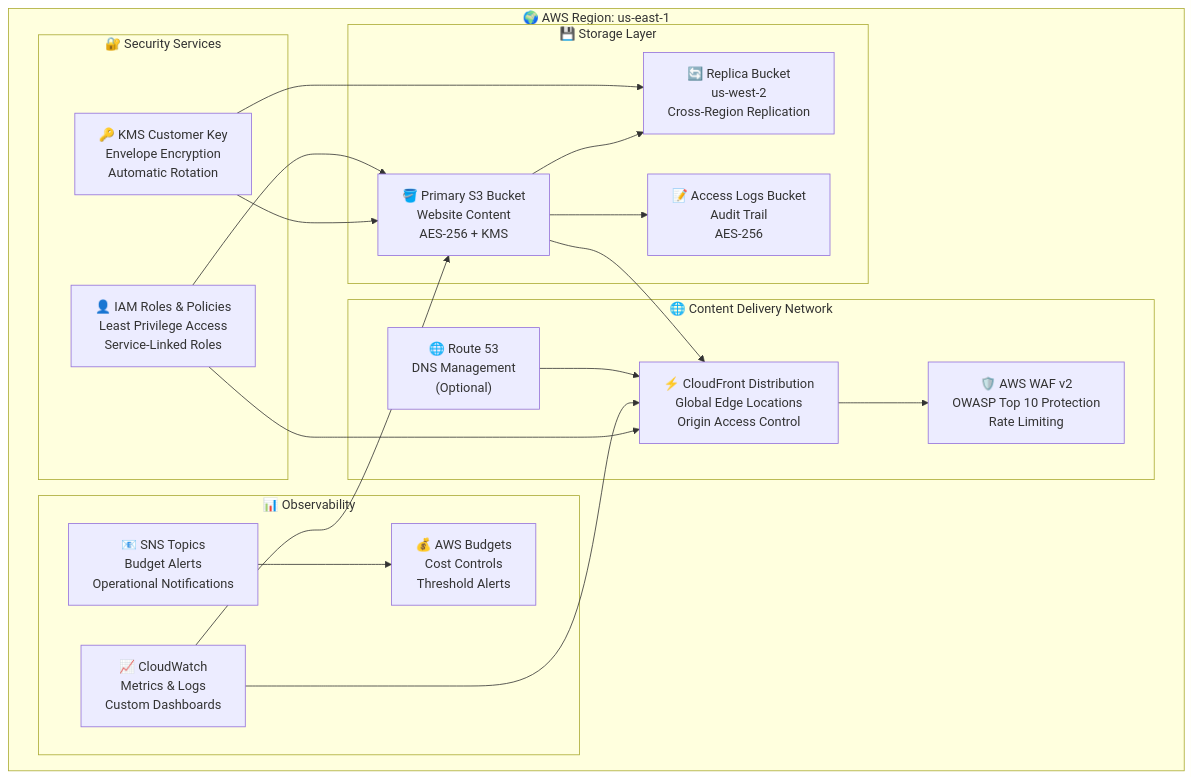
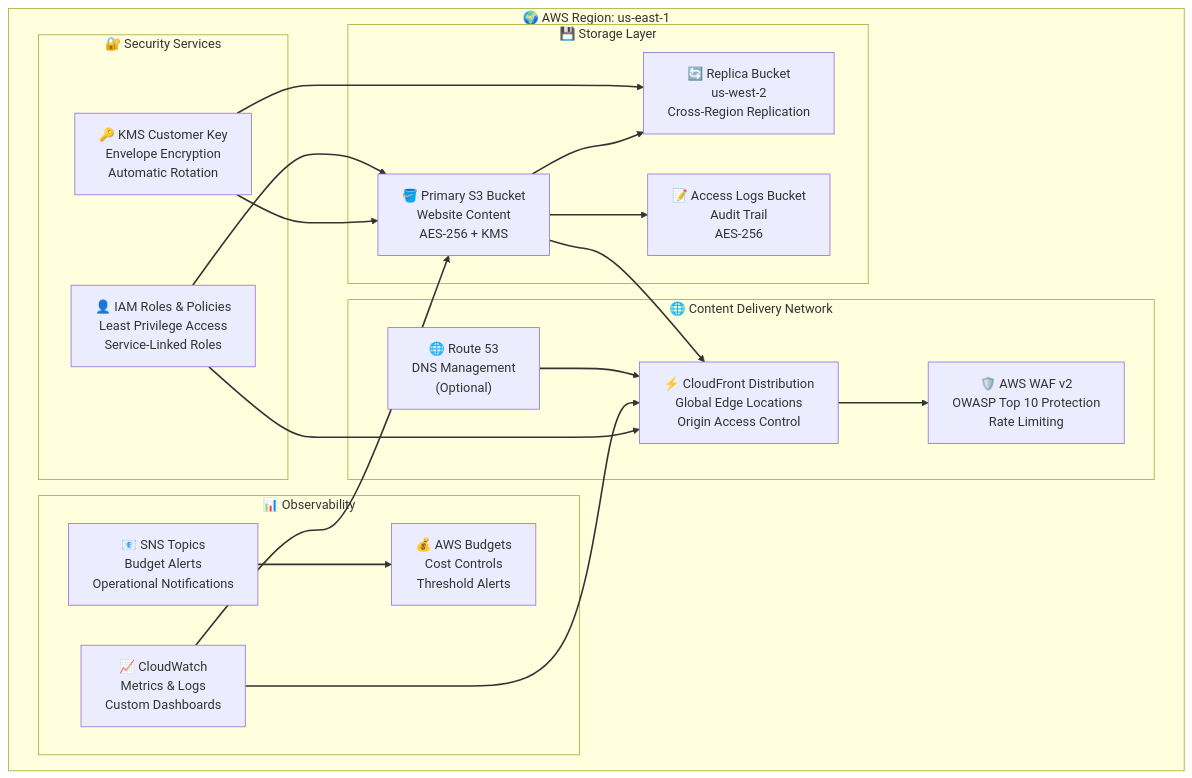
The second of 8 diagrams in docs/architecture.md (Celtikill/static-site), drawn with Mermaid before and after one commit. The commit also changed other lines of this file and 17 other files, not shown here.

````diff
--- a/docs/architecture.md
+++ b/docs/architecture.md
@@ -82,42 +97,57 @@
 ```mermaid
+%%{init: {'theme':'default', 'themeVariables': {'fontSize':'16px'}}}%%
 graph TD
+    accTitle: "AWS Static Website Core Services"
+    accDescr: "Architecture diagram of AWS services for static website hosting in us-east-1 region. Storage layer includes primary S3 bucket with website content using AES-256 and KMS encryption, access logs bucket for audit trails, and replica bucket in us-west-2 for cross-region replication. Content delivery network includes CloudFront distribution with global edge locations and origin access control, WAF v2 for OWASP Top 10 protection and rate limiting, and optional Route 53 for DNS management. Security services include KMS customer-managed key with envelope encryption and automatic rotation, plus IAM roles with least privilege access. Observability includes CloudWatch for metrics and logs with custom dashboards, SNS for alerts, and AWS Budgets for cost controls with threshold alerts."
+
     subgraph Region["🌍 AWS Region: us-east-1"]
         subgraph Storage["💾 Storage Layer"]
             S3Primary["🪣 Primary S3 Bucket<br/>Website Content<br/>AES-256 + KMS"]
             S3Logs["📝 Access Logs Bucket<br/>Audit Trail<br/>AES-256"]
             S3Replica["🔄 Replica Bucket<br/>us-west-2<br/>Cross-Region Replication"]
         end
 
         subgraph CDN["🌐 Content Delivery Network"]
             CF["⚡ CloudFront Distribution<br/>Global Edge Locations<br/>Origin Access Control"]
             WAF["🛡️ AWS WAF v2<br/>OWASP Top 10 Protection<br/>Rate Limiting"]
             Route53["🌐 Route 53<br/>DNS Management<br/>(Optional)"]
         end
 
         subgraph Security["🔐 Security Services"]
             KMS["🔑 KMS Customer Key<br/>Envelope Encryption<br/>Automatic Rotation"]
             IAM["👤 IAM Roles & Policies<br/>Least Privilege Access<br/>Service-Linked Roles"]
         end
 
         subgraph Monitoring["📊 Observability"]
             CW["📈 CloudWatch<br/>Metrics & Logs<br/>Custom Dashboards"]
             SNS["📧 SNS Topics<br/>Budget Alerts<br/>Operational Notifications"]
             Budget["💰 AWS Budgets<br/>Cost Controls<br/>Threshold Alerts"]
         end
     end
 
     S3Primary --> CF
     CF --> WAF
     S3Primary --> S3Replica
     S3Primary --> S3Logs
     KMS --> S3Primary
     KMS --> S3Replica
     IAM --> S3Primary
     IAM --> CF
     CW --> S3Primary
     CW --> CF
     SNS --> Budget
     Route53 --> CF
 
-
+    linkStyle 0 stroke:#333333,stroke-width:2px
+    linkStyle 1 stroke:#333333,stroke-width:2px
+    linkStyle 2 stroke:#333333,stroke-width:2px
+    linkStyle 3 stroke:#333333,stroke-width:2px
+    linkStyle 4 stroke:#333333,stroke-width:2px
+    linkStyle 5 stroke:#333333,stroke-width:2px
+    linkStyle 6 stroke:#333333,stroke-width:2px
+    linkStyle 7 stroke:#333333,stroke-width:2px
+    linkStyle 8 stroke:#333333,stroke-width:2px
+    linkStyle 9 stroke:#333333,stroke-width:2px
+    linkStyle 10 stroke:#333333,stroke-width:2px
+    linkStyle 11 stroke:#333333,stroke-width:2px
 ```
````
